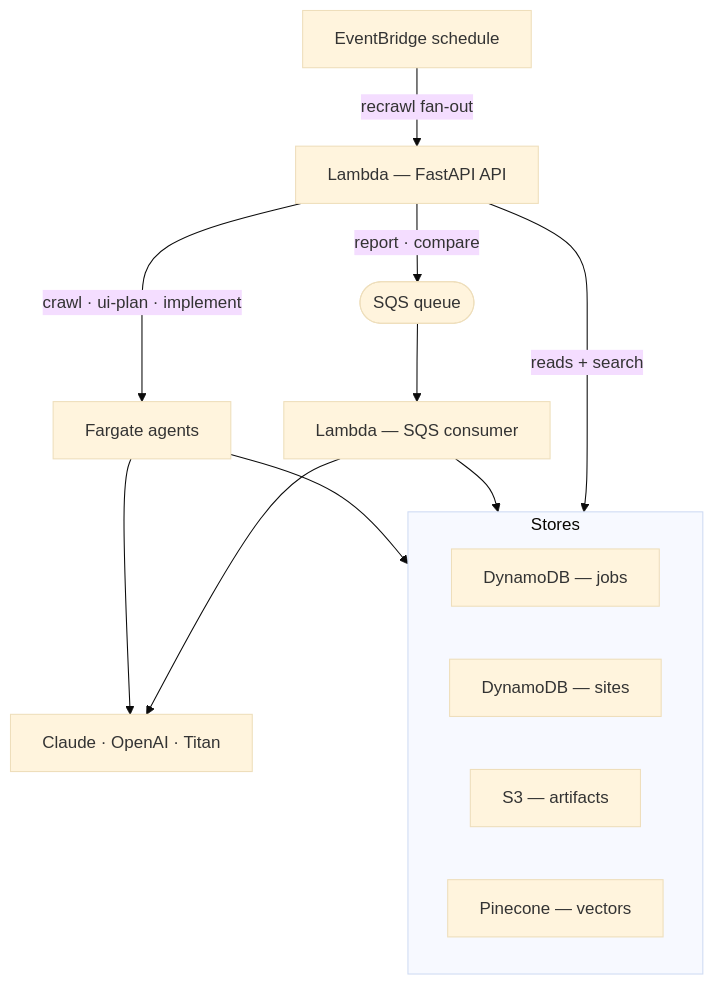
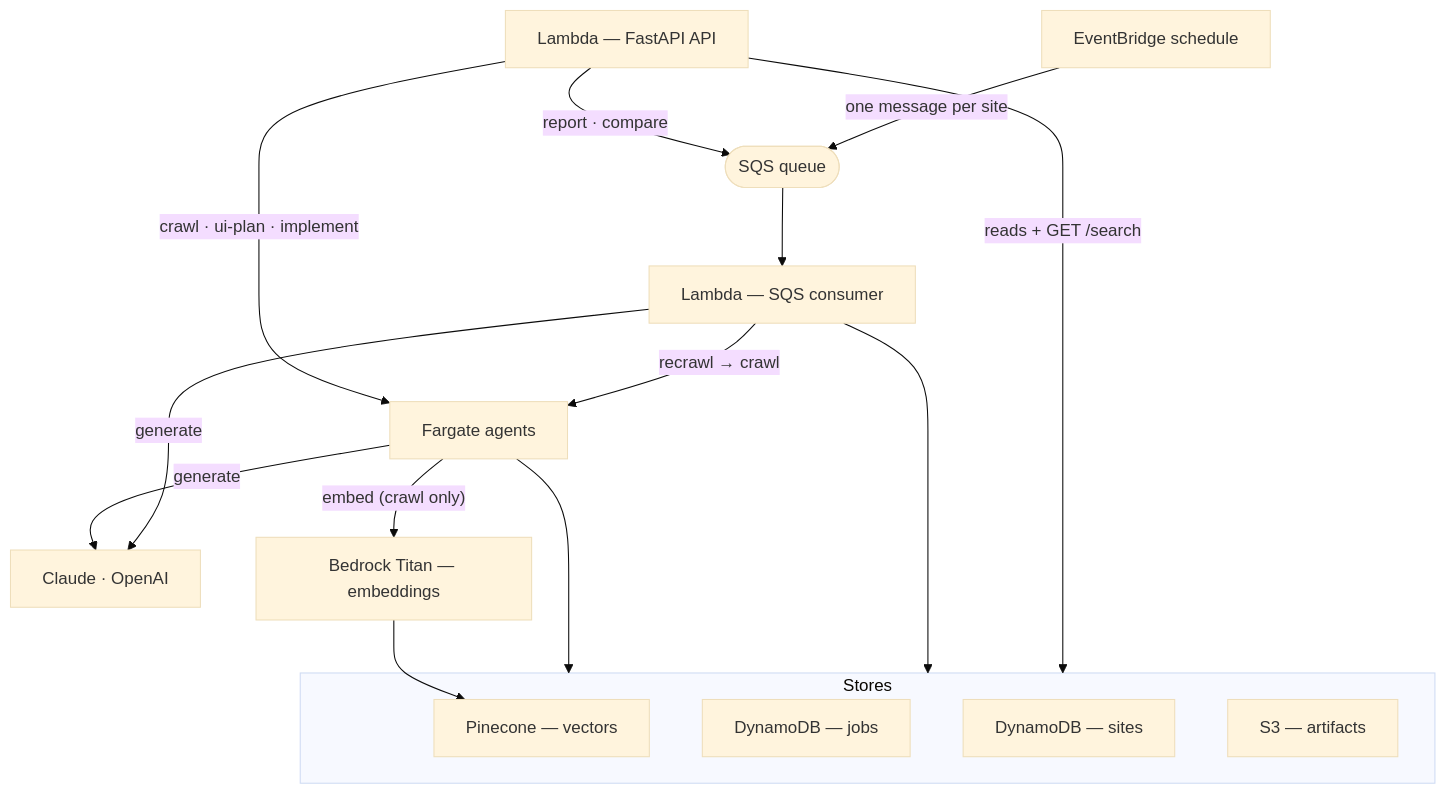
Before and after one commit to ejaimez14/llms-txt: the second of 3 diagrams in README.md, drawn with Mermaid (base theme). The commit also changed other lines of this file, not shown here.

Commit message:
Refine README diagrams: show recrawl loop, split Titan embeddings, label frontend bucket; fix env table + endpoint query params

````diff
--- a/README.md
+++ b/README.md
@@ -30,22 +30,26 @@
 ```mermaid
 flowchart TD
   Lambda["Lambda — FastAPI API"]
 
   Lambda -->|"crawl · ui-plan · implement"| Fargate["Fargate agents"]
   Lambda -->|"report · compare"| SQS(["SQS queue"])
   SQS --> Consumer["Lambda — SQS consumer"]
-  EventBridge["EventBridge schedule"] -->|"recrawl fan-out"| Lambda
+  EventBridge["EventBridge schedule"] -->|"one message per site"| SQS
+  Consumer -->|"recrawl → crawl"| Fargate
 
-  Fargate --> Models["Claude · OpenAI · Titan"]
-  Consumer --> Models
+  Fargate -->|"generate"| Models["Claude · OpenAI"]
+  Consumer -->|"generate"| Models
+  Fargate -->|"embed (crawl only)"| Titan["Bedrock Titan — embeddings"]
+  Titan --> Pinecone
+
   Fargate --> Store
   Consumer --> Store
-  Lambda -->|"reads + search"| Store
+  Lambda -->|"reads + GET /search"| Store
 
   subgraph Store["Stores"]
     Jobs["DynamoDB — jobs"]
     Sites["DynamoDB — sites"]
     S3["S3 — artifacts"]
     Pinecone["Pinecone — vectors"]
   end
 ```
````
